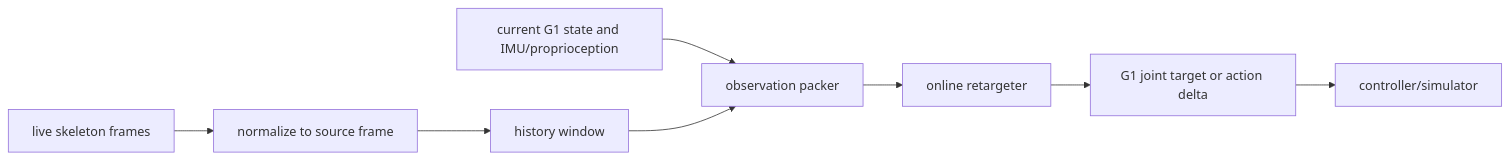
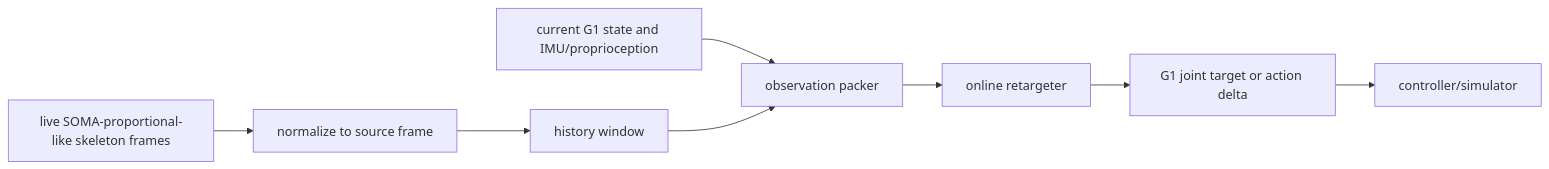
Before and after one commit to Lr-2002/OnlineRetarget_Sonic: the second of 2 diagrams in docs/architecture.md, drawn with Mermaid. The commit also changed other lines of this file and 56 other files, not shown here.

````diff
--- a/docs/architecture.md
+++ b/docs/architecture.md
@@ -30,10 +32,10 @@
 ```mermaid
 flowchart LR
-    A[live skeleton frames] --> B[normalize to source frame]
+    A[live SOMA-proportional-like skeleton frames] --> B[normalize to source frame]
     B --> C[history window]
     D[current G1 state and IMU/proprioception] --> E[observation packer]
     C --> E
     E --> F[online retargeter]
     F --> G[G1 joint target or action delta]
     G --> H[controller/simulator]
 ```
````
